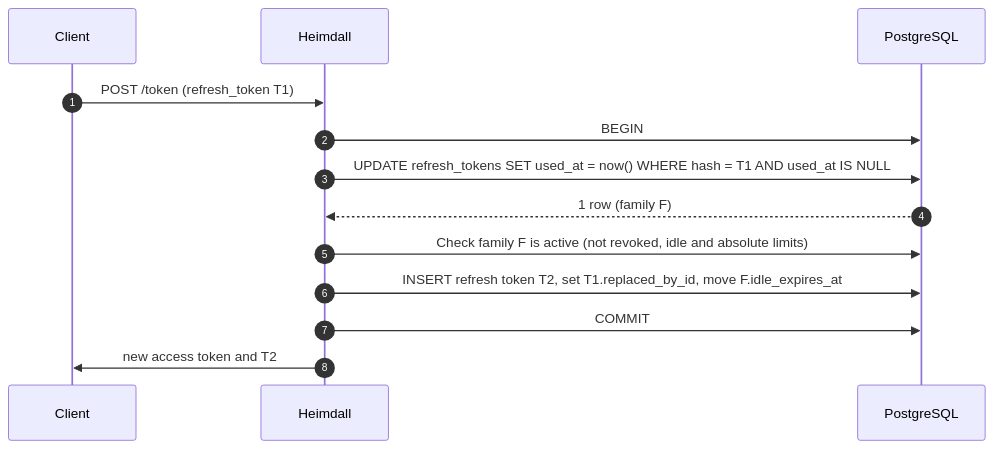
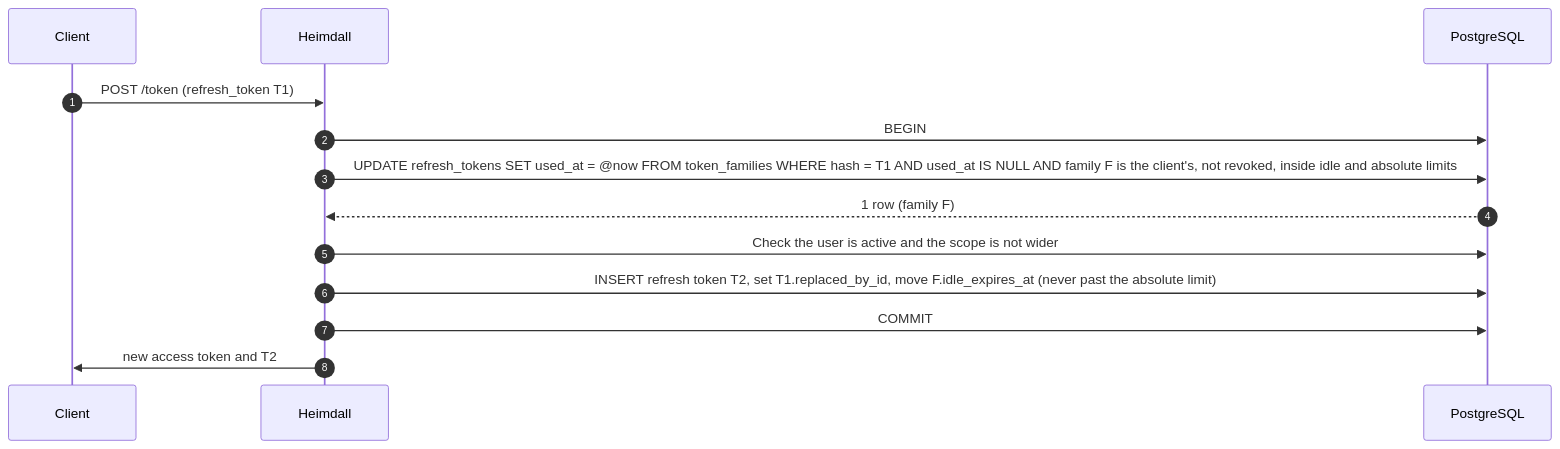
One commit to Parth2500/heimdall-idp changed the first of 6 diagrams in docs/diagrams/03-refresh-and-reuse.md. Above: the diagram before and after it, drawn with Mermaid. The commit also changed 12 other files, not shown here.

First line of the commit message:
Add refresh token rotation with family-based theft detection

````diff
--- a/docs/diagrams/03-refresh-and-reuse.md
+++ b/docs/diagrams/03-refresh-and-reuse.md
@@ -5,16 +5,16 @@
 ```mermaid
 sequenceDiagram
     autonumber
     participant C as Client
     participant H as Heimdall
     participant DB as PostgreSQL
 
     C->>H: POST /token (refresh_token T1)
     H->>DB: BEGIN
-    H->>DB: UPDATE refresh_tokens SET used_at = now() WHERE hash = T1 AND used_at IS NULL
+    H->>DB: UPDATE refresh_tokens SET used_at = @now FROM token_families WHERE hash = T1 AND used_at IS NULL AND family F is the client's, not revoked, inside idle and absolute limits
     DB-->>H: 1 row (family F)
-    H->>DB: Check family F is active (not revoked, idle and absolute limits)
-    H->>DB: INSERT refresh token T2, set T1.replaced_by_id, move F.idle_expires_at
+    H->>DB: Check the user is active and the scope is not wider
+    H->>DB: INSERT refresh token T2, set T1.replaced_by_id, move F.idle_expires_at (never past the absolute limit)
     H->>DB: COMMIT
     H->>C: new access token and T2
 ```
````
